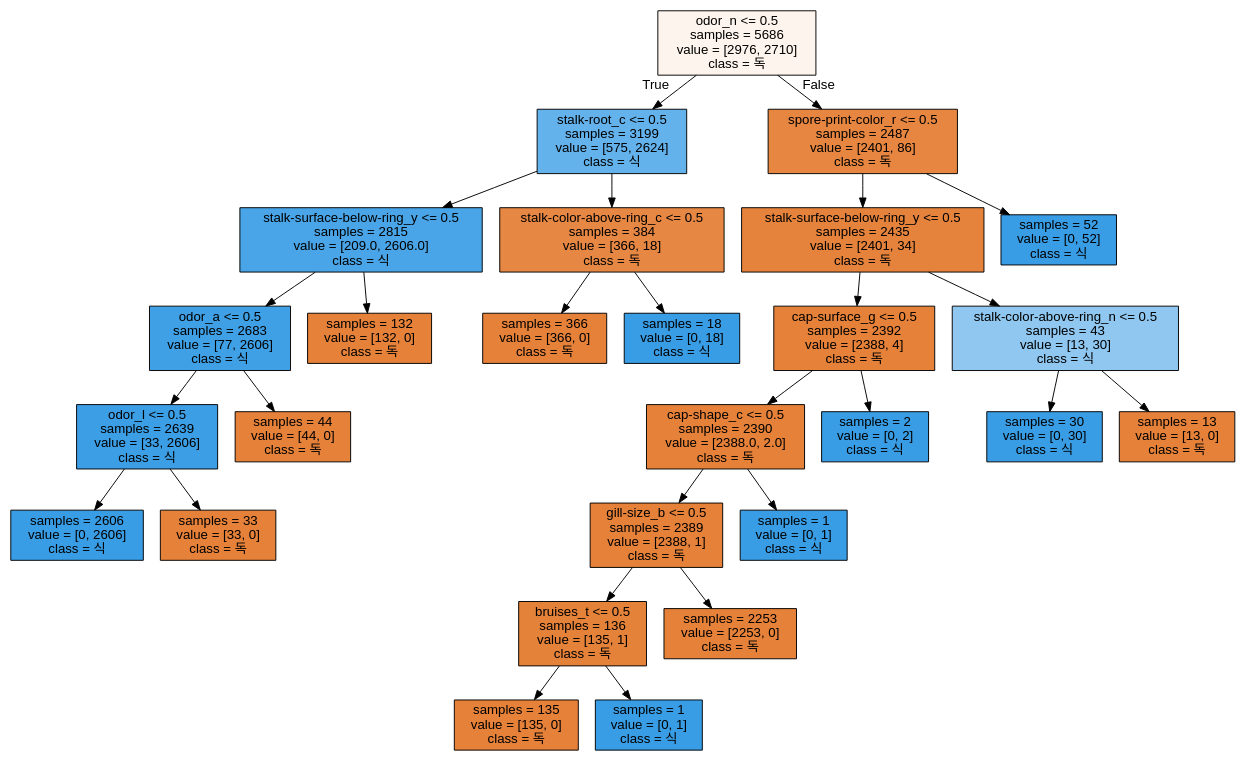
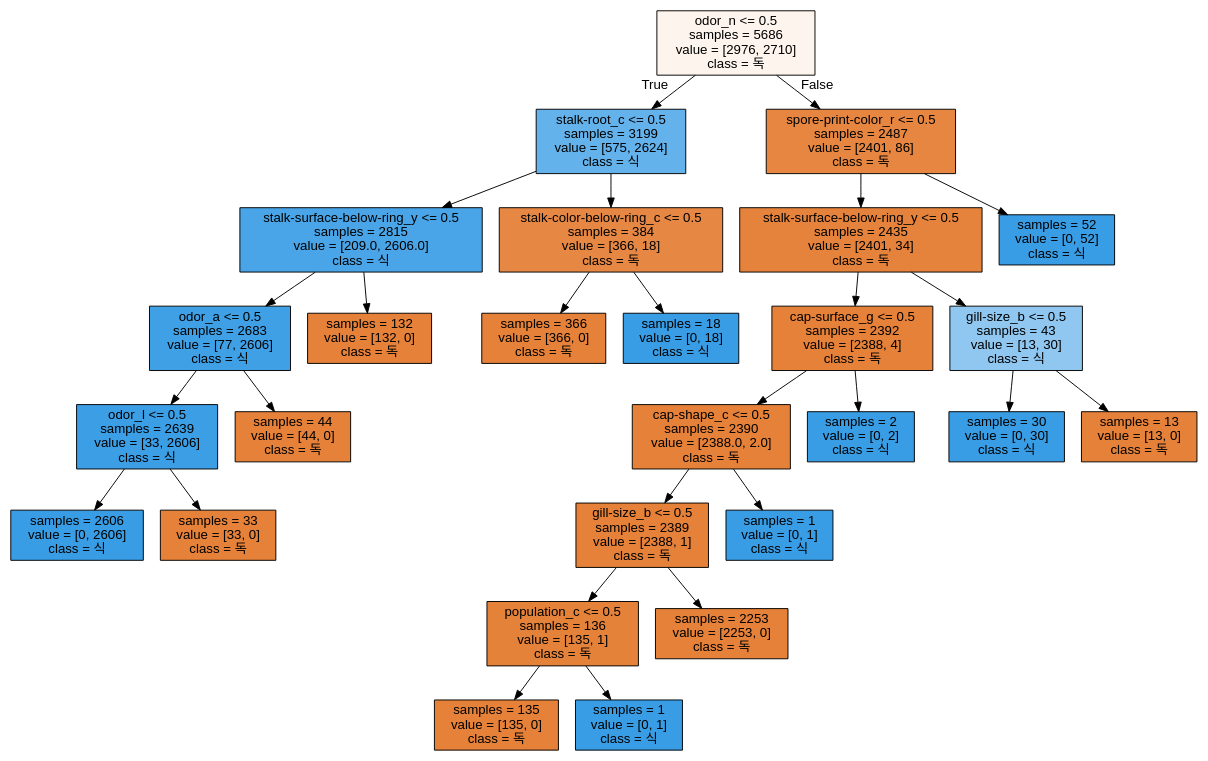
Before and after one commit to Yuni00ni/ML: the diagram in 머신러닝/data/tree.dot, drawn with Graphviz. The commit also changed 2 other files, not shown here.

```diff
--- a/머신러닝/data/tree.dot
+++ b/머신러닝/data/tree.dot
@@ -1,57 +1,57 @@
 digraph Tree {
 node [shape=box, style="filled", color="black", fontname="helvetica"] ;
 edge [fontname="helvetica"] ;
 0 [label="odor_n <= 0.5\nsamples = 5686\nvalue = [2976, 2710]\nclass = 독", fillcolor="#fdf4ed"] ;
 1 [label="stalk-root_c <= 0.5\nsamples = 3199\nvalue = [575, 2624]\nclass = 식", fillcolor="#64b2eb"] ;
 0 -> 1 [labeldistance=2.5, labelangle=45, headlabel="True"] ;
 2 [label="stalk-surface-below-ring_y <= 0.5\nsamples = 2815\nvalue = [209.0, 2606.0]\nclass = 식", fillcolor="#49a5e7"] ;
 1 -> 2 ;
 3 [label="odor_a <= 0.5\nsamples = 2683\nvalue = [77, 2606]\nclass = 식", fillcolor="#3fa0e6"] ;
 2 -> 3 ;
 4 [label="odor_l <= 0.5\nsamples = 2639\nvalue = [33, 2606]\nclass = 식", fillcolor="#3c9ee5"] ;
 3 -> 4 ;
 5 [label="samples = 2606\nvalue = [0, 2606]\nclass = 식", fillcolor="#399de5"] ;
 4 -> 5 ;
 6 [label="samples = 33\nvalue = [33, 0]\nclass = 독", fillcolor="#e58139"] ;
 4 -> 6 ;
 7 [label="samples = 44\nvalue = [44, 0]\nclass = 독", fillcolor="#e58139"] ;
 3 -> 7 ;
 8 [label="samples = 132\nvalue = [132, 0]\nclass = 독", fillcolor="#e58139"] ;
 2 -> 8 ;
-9 [label="stalk-color-above-ring_c <= 0.5\nsamples = 384\nvalue = [366, 18]\nclass = 독", fillcolor="#e68743"] ;
+9 [label="stalk-color-below-ring_c <= 0.5\nsamples = 384\nvalue = [366, 18]\nclass = 독", fillcolor="#e68743"] ;
 1 -> 9 ;
 10 [label="samples = 366\nvalue = [366, 0]\nclass = 독", fillcolor="#e58139"] ;
 9 -> 10 ;
 11 [label="samples = 18\nvalue = [0, 18]\nclass = 식", fillcolor="#399de5"] ;
 9 -> 11 ;
 12 [label="spore-print-color_r <= 0.5\nsamples = 2487\nvalue = [2401, 86]\nclass = 독", fillcolor="#e68640"] ;
 0 -> 12 [labeldistance=2.5, labelangle=-45, headlabel="False"] ;
 13 [label="stalk-surface-below-ring_y <= 0.5\nsamples = 2435\nvalue = [2401, 34]\nclass = 독", fillcolor="#e5833c"] ;
 12 -> 13 ;
 14 [label="cap-surface_g <= 0.5\nsamples = 2392\nvalue = [2388, 4]\nclass = 독", fillcolor="#e58139"] ;
 13 -> 14 ;
 15 [label="cap-shape_c <= 0.5\nsamples = 2390\nvalue = [2388.0, 2.0]\nclass = 독", fillcolor="#e58139"] ;
 14 -> 15 ;
 16 [label="gill-size_b <= 0.5\nsamples = 2389\nvalue = [2388, 1]\nclass = 독", fillcolor="#e58139"] ;
 15 -> 16 ;
-17 [label="bruises_t <= 0.5\nsamples = 136\nvalue = [135, 1]\nclass = 독", fillcolor="#e5823a"] ;
+17 [label="population_c <= 0.5\nsamples = 136\nvalue = [135, 1]\nclass = 독", fillcolor="#e5823a"] ;
 16 -> 17 ;
 18 [label="samples = 135\nvalue = [135, 0]\nclass = 독", fillcolor="#e58139"] ;
 17 -> 18 ;
 19 [label="samples = 1\nvalue = [0, 1]\nclass = 식", fillcolor="#399de5"] ;
 17 -> 19 ;
 20 [label="samples = 2253\nvalue = [2253, 0]\nclass = 독", fillcolor="#e58139"] ;
 16 -> 20 ;
 21 [label="samples = 1\nvalue = [0, 1]\nclass = 식", fillcolor="#399de5"] ;
 15 -> 21 ;
 22 [label="samples = 2\nvalue = [0, 2]\nclass = 식", fillcolor="#399de5"] ;
 14 -> 22 ;
-23 [label="stalk-color-above-ring_n <= 0.5\nsamples = 43\nvalue = [13, 30]\nclass = 식", fillcolor="#8fc7f0"] ;
+23 [label="gill-size_b <= 0.5\nsamples = 43\nvalue = [13, 30]\nclass = 식", fillcolor="#8fc7f0"] ;
 13 -> 23 ;
 24 [label="samples = 30\nvalue = [0, 30]\nclass = 식", fillcolor="#399de5"] ;
 23 -> 24 ;
 25 [label="samples = 13\nvalue = [13, 0]\nclass = 독", fillcolor="#e58139"] ;
 23 -> 25 ;
 26 [label="samples = 52\nvalue = [0, 52]\nclass = 식", fillcolor="#399de5"] ;
 12 -> 26 ;
 }
```
